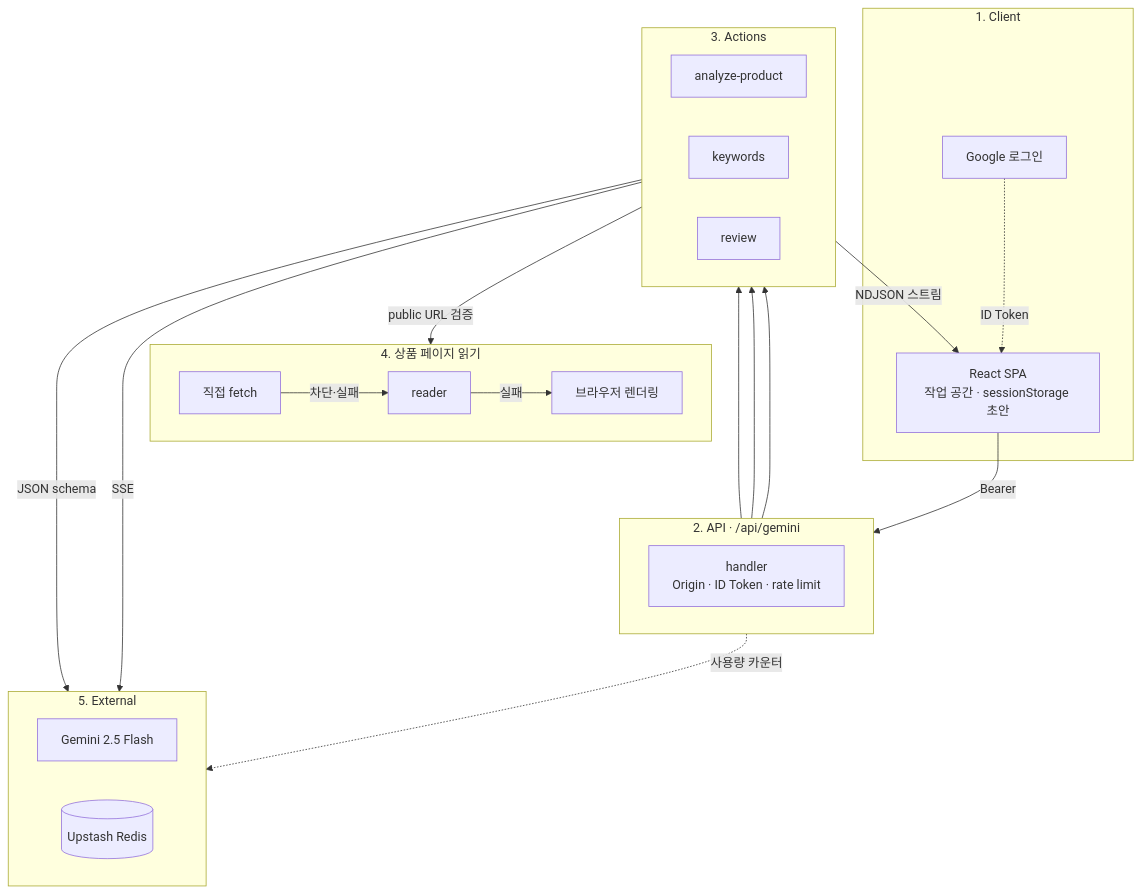
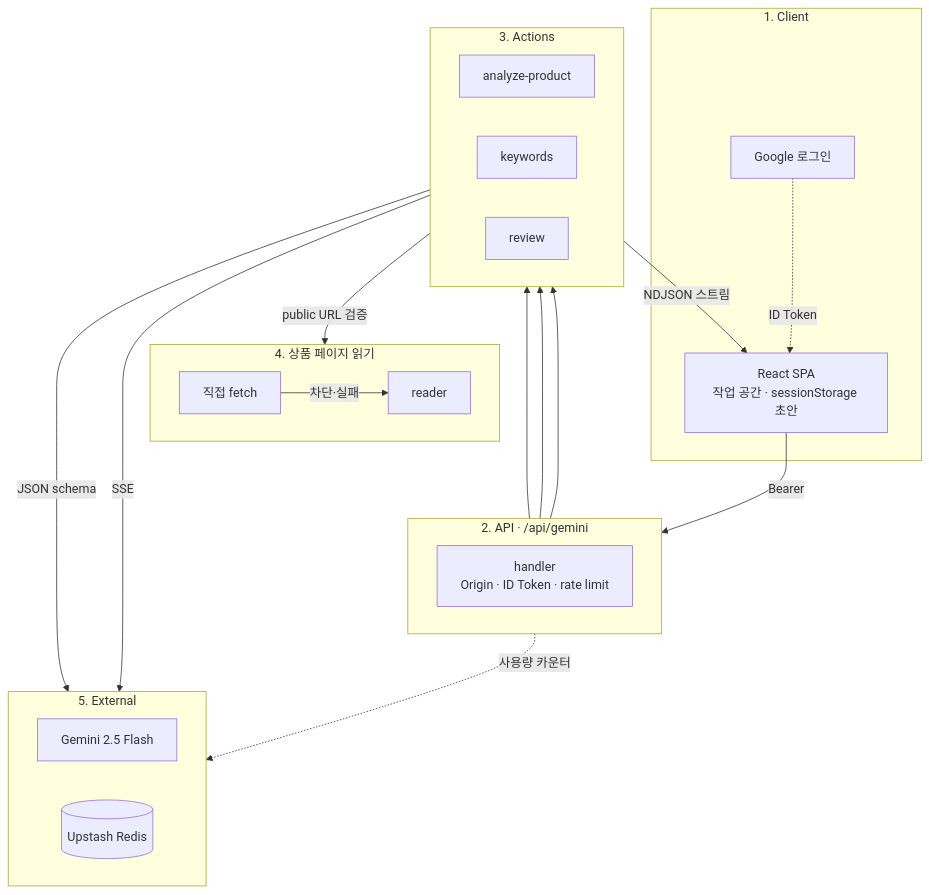
Before and after one commit to Yelli915/auto-review-generator: the diagram in README.md, drawn with Mermaid. The commit also changed other lines of this file and 16 other files, not shown here.

Commit message:
refactor : PWA·ping·품질 검사 로그·브라우저 렌더링 제거

````diff
--- a/README.md
+++ b/README.md
@@ -40,47 +40,45 @@
 ```mermaid
 flowchart TB
   subgraph L1["1. Client"]
     FE["React SPA<br/>작업 공간 · sessionStorage 초안"]
     GID["Google 로그인"]
   end
 
   subgraph L2["2. API · /api/gemini"]
     direction LR
     GUARD["handler<br/>Origin · ID Token · rate limit"]
   end
 
   subgraph L3["3. Actions"]
     direction LR
     AP["analyze-product"]
     KW["keywords"]
     RV["review"]
   end
 
   subgraph L4["4. 상품 페이지 읽기"]
     direction LR
     D["직접 fetch"]
     R["reader"]
-    PW["브라우저 렌더링"]
   end
 
   subgraph L5["5. External"]
     direction LR
     GM["Gemini 2.5 Flash"]
     RD[("Upstash Redis")]
   end
 
   GID -.->|ID Token| FE
   FE -->|Bearer| GUARD
   GUARD --> AP
   GUARD --> KW
   GUARD --> RV
   GUARD -.->|사용량 카운터| RD
 
   AP -->|public URL 검증| D
   D -->|차단·실패| R
-  R -->|실패| PW
 
   KW -->|JSON schema| GM
   RV -->|SSE| GM
   RV -->|NDJSON 스트림| FE
 ```
````
